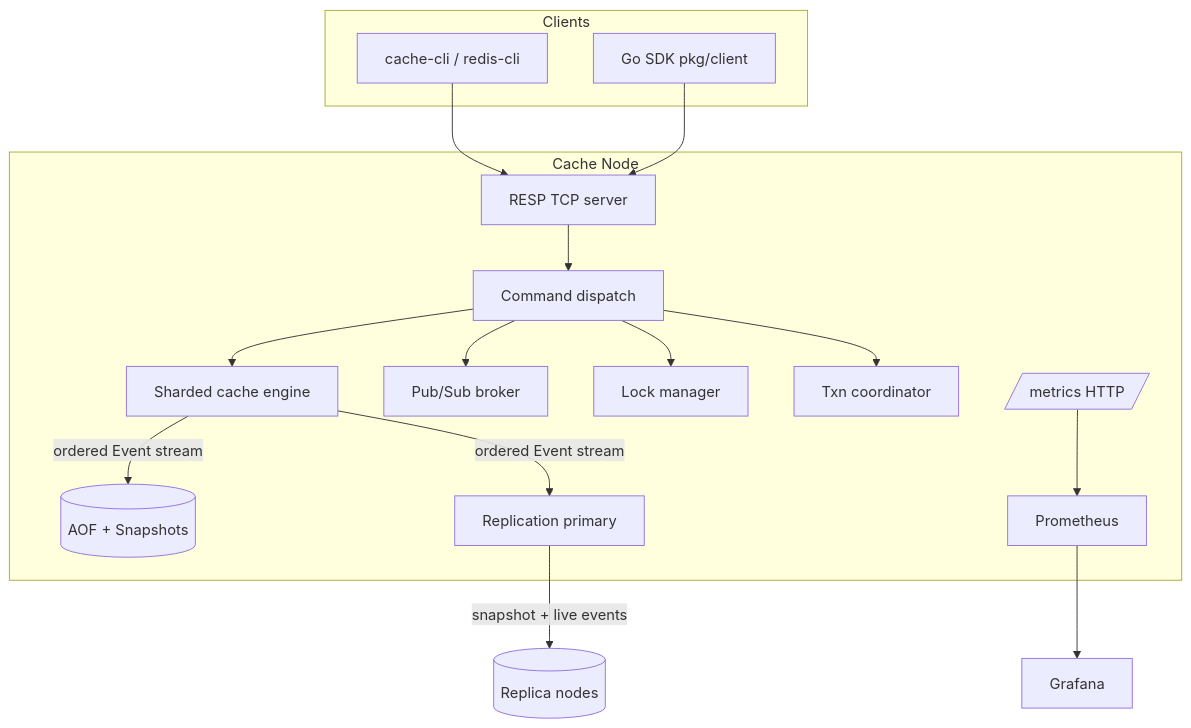
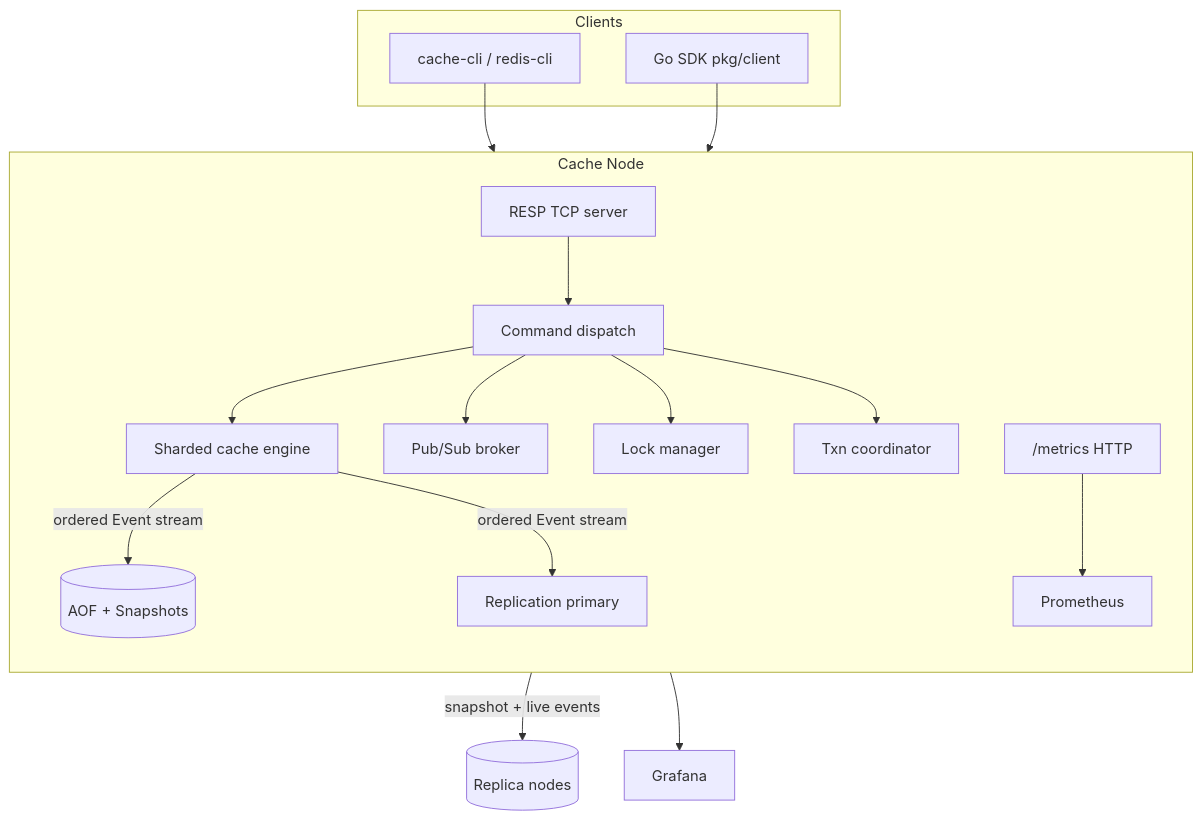
Before and after one commit to Joyjeet045/DistCache: the diagram in README.md, drawn with Mermaid.

Commit message:
docs: fix mermaid architecture diagram for GitHub rendering

````diff
--- a/README.md
+++ b/README.md
@@ -33,23 +33,35 @@
 ```mermaid
 flowchart TB
-    subgraph client[Clients]
-        cli[cache-cli / redis-cli]
-        sdk[Go SDK pkg/client]
+    subgraph Clients
+        cli["cache-cli / redis-cli"]
+        sdk["Go SDK pkg/client"]
     end
-
-    subgraph node[Cache Node]
-        resp[RESP TCP server] --> disp
-        disp[Command dispatch] --> cacheeng[Sharded cache engine]
-        cacheeng -- ordered Event stream --> aof[(AOF + Snapshots)]
-        cacheeng -- ordered Event stream --> repl[Replication primary]
-        disp --> ps[Pub/Sub broker]
-        disp --> lk[Lock manager]
-        disp --> tx[Txn coordinator]
-        metrics[/metrics HTTP/] --> prom
+    subgraph CacheNode["Cache Node"]
+        direction TB
+        resp["RESP TCP server"]
+        disp["Command dispatch"]
+        cacheeng["Sharded cache engine"]
+        aof[("AOF + Snapshots")]
+        repl["Replication primary"]
+        ps["Pub/Sub broker"]
+        lk["Lock manager"]
+        tx["Txn coordinator"]
+        metricshttp["/metrics HTTP"]
+        prom["Prometheus"]
     end
+    replica[("Replica nodes")]
+    graf["Grafana"]
 
     cli --> resp
     sdk --> resp
-    repl -- snapshot + live events --> replica[(Replica nodes)]
-    prom[Prometheus] --> graf[Grafana]
+    resp --> disp
+    disp --> cacheeng
+    cacheeng -- "ordered Event stream" --> aof
+    cacheeng -- "ordered Event stream" --> repl
+    disp --> ps
+    disp --> lk
+    disp --> tx
+    metricshttp --> prom
+    repl -- "snapshot + live events" --> replica
+    prom --> graf
 ```
````
